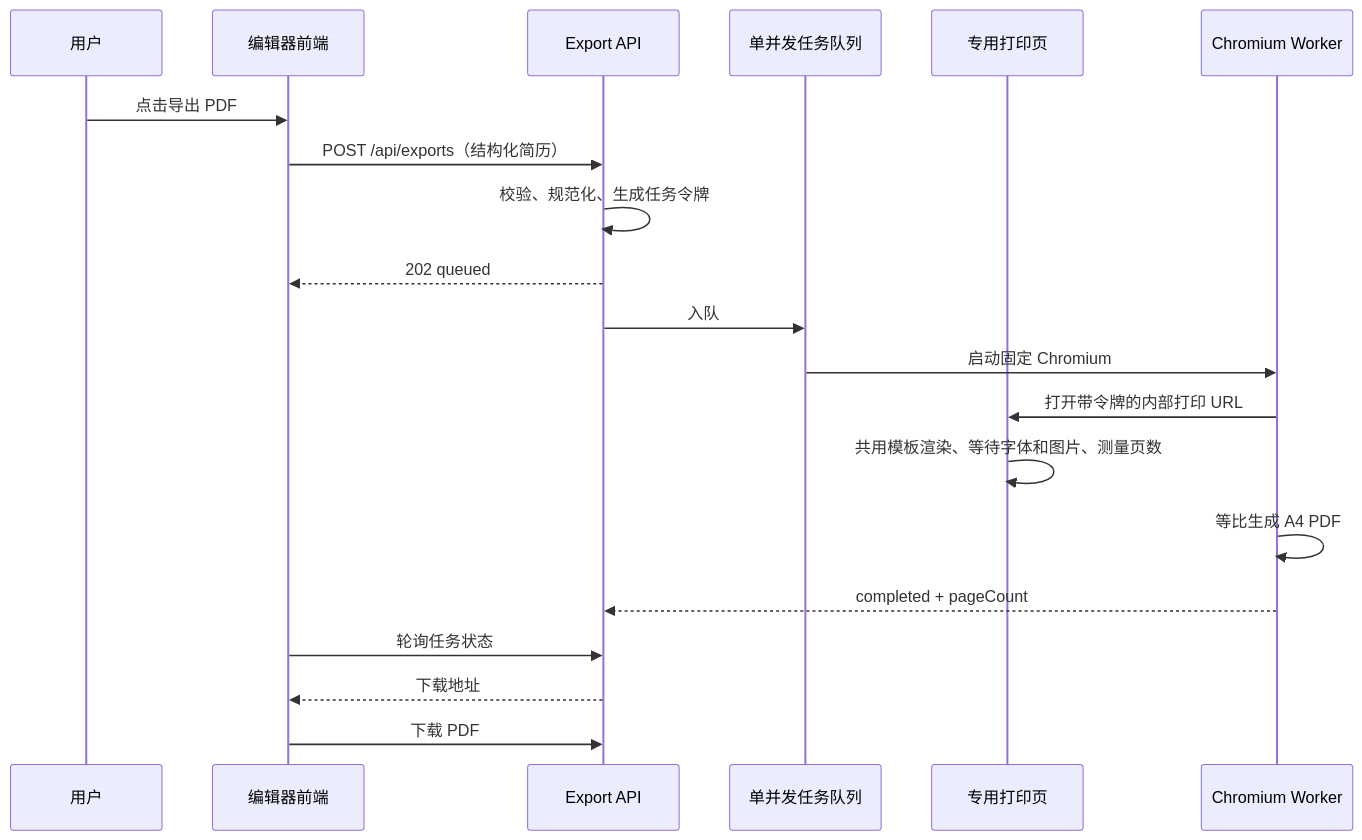
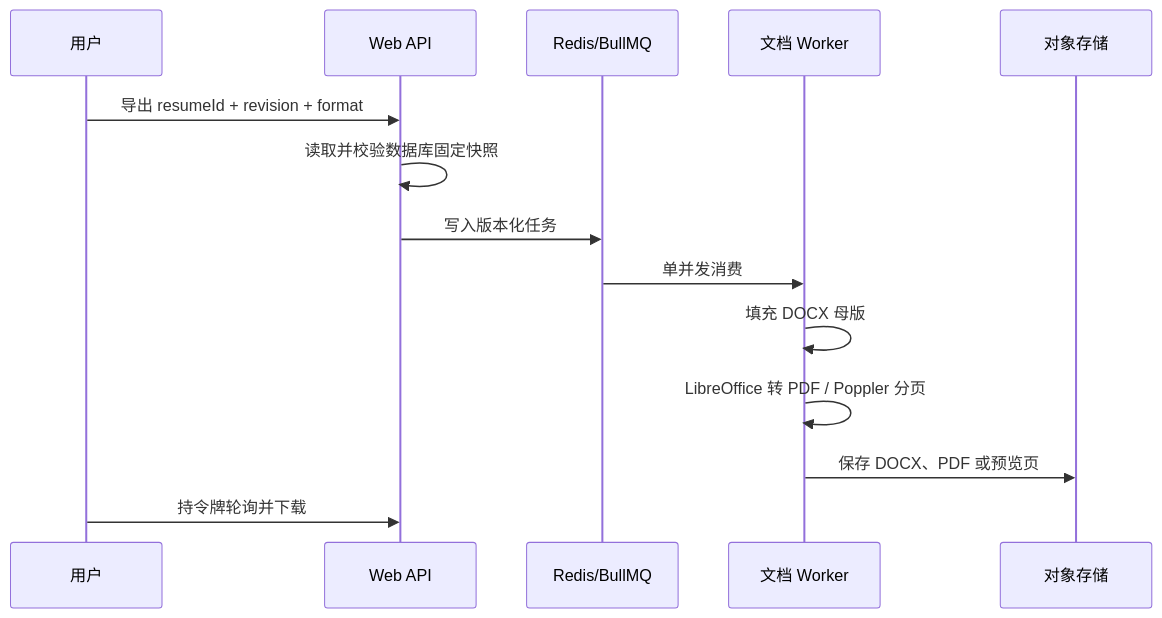
The diagram in docs/export-architecture.md (jackli5541/resume-editor), drawn with Mermaid before and after one commit. The commit also changed other lines of this file and 105 other files, not shown here.

Commit message:
feat: complete resume editor platform (AI generation, auth/admin, templates, export pipeline, alerts)

````diff
--- a/docs/export-architecture.md
+++ b/docs/export-architecture.md
@@ -9,23 +9,16 @@
 ```mermaid
 sequenceDiagram
   participant U as 用户
-  participant F as 编辑器前端
-  participant A as Export API
-  participant Q as 单并发任务队列
-  participant P as 专用打印页
-  participant C as Chromium Worker
-
-  U->>F: 点击导出 PDF
-  F->>A: POST /api/exports（结构化简历）
-  A->>A: 校验、规范化、生成任务令牌
-  A-->>F: 202 queued
-  A->>Q: 入队
-  Q->>C: 启动固定 Chromium
-  C->>P: 打开带令牌的内部打印 URL
-  P->>P: 共用模板渲染、等待字体和图片、测量页数
-  C->>C: 等比生成 A4 PDF
-  C-->>A: completed + pageCount
-  F->>A: 轮询任务状态
-  A-->>F: 下载地址
-  F->>A: 下载 PDF
+  participant W as Web API
+  participant R as Redis/BullMQ
+  participant D as 文档 Worker
+  participant S as 对象存储
+  U->>W: 导出 resumeId + revision + format
+  W->>W: 读取并校验数据库固定快照
+  W->>R: 写入版本化任务
+  R->>D: 单并发消费
+  D->>D: 填充 DOCX 母版
+  D->>D: LibreOffice 转 PDF / Poppler 分页
+  D->>S: 保存 DOCX、PDF 或预览页
+  U->>W: 持令牌轮询并下载
 ```
````
